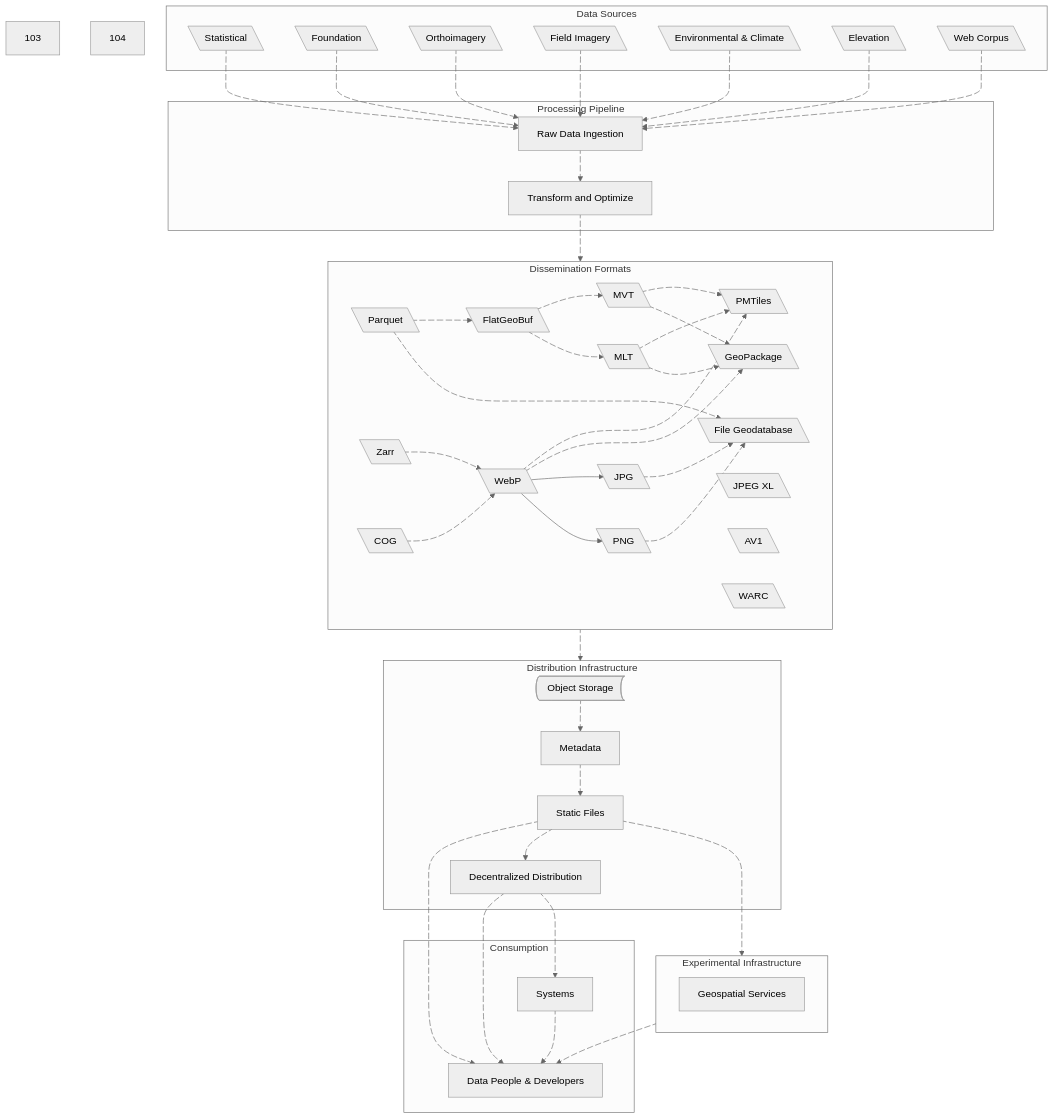
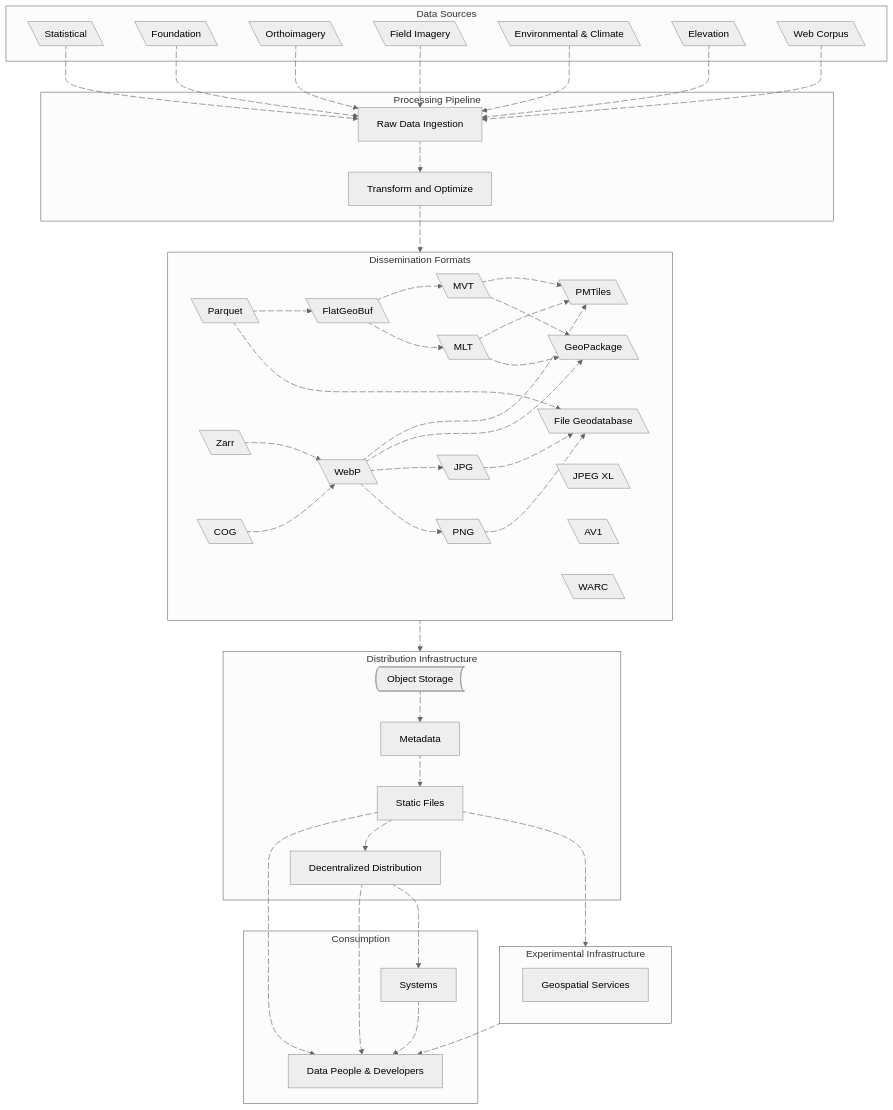
One commit to dataforcanada/www.dataforcanada.org changed the diagram in content/_index.md. Above: the diagram before and after it, drawn with Mermaid (neutral theme).

```diff
--- a/content/_index.md
+++ b/content/_index.md
@@ -160,9 +160,9 @@
     WebP a94@--> GeoPackage
     a94@{animate: true, animation: slow}
     WebP a103@--> JPG
-    103@{animate: true, animation: slow}
+    a103@{animate: true, animation: slow}
     WebP a104@--> PNG
-    104@{animate: true, animation: slow}
+    a104@{animate: true, animation: slow}
 	JPG a101@--> FileGeodatabase
     a101@{animate: true, animation: slow}
 	PNG a102@--> FileGeodatabase
```
